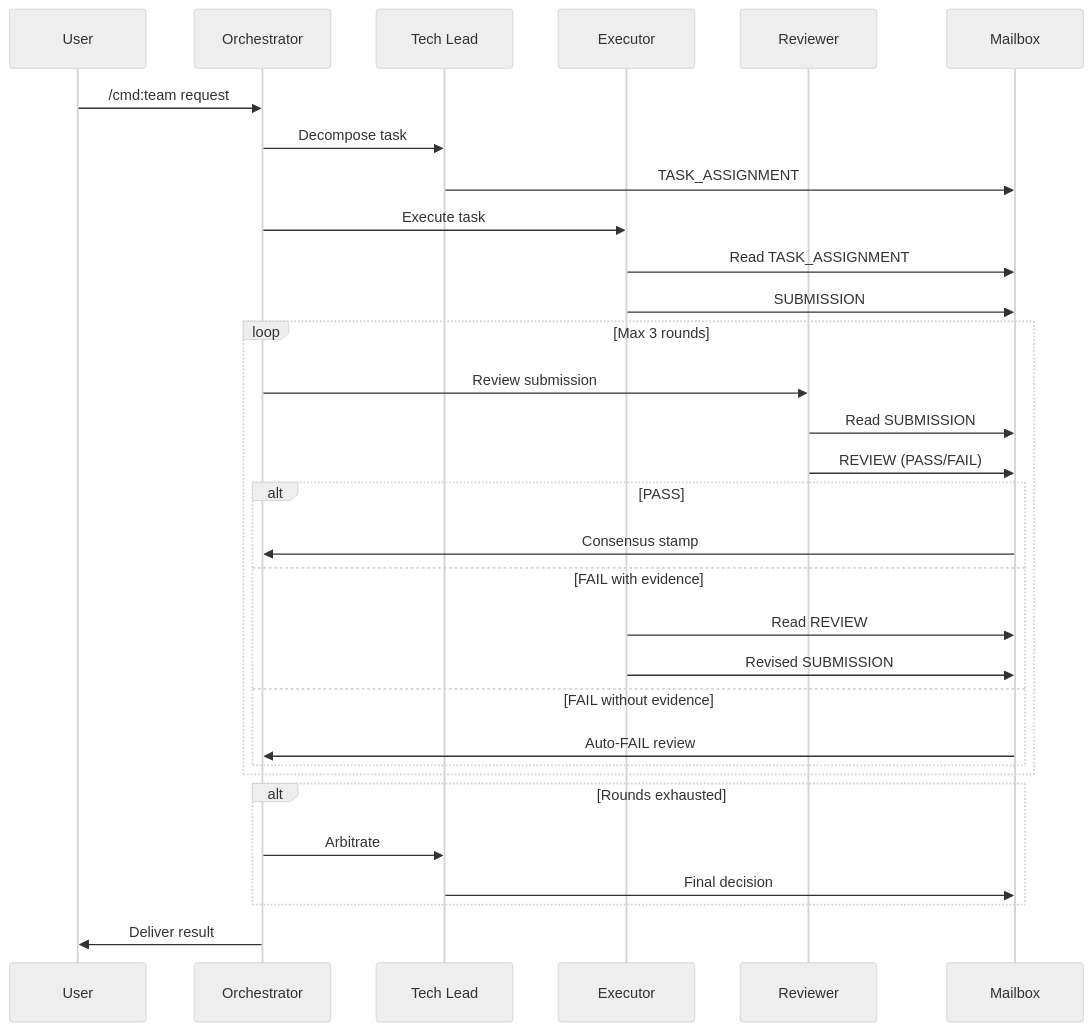
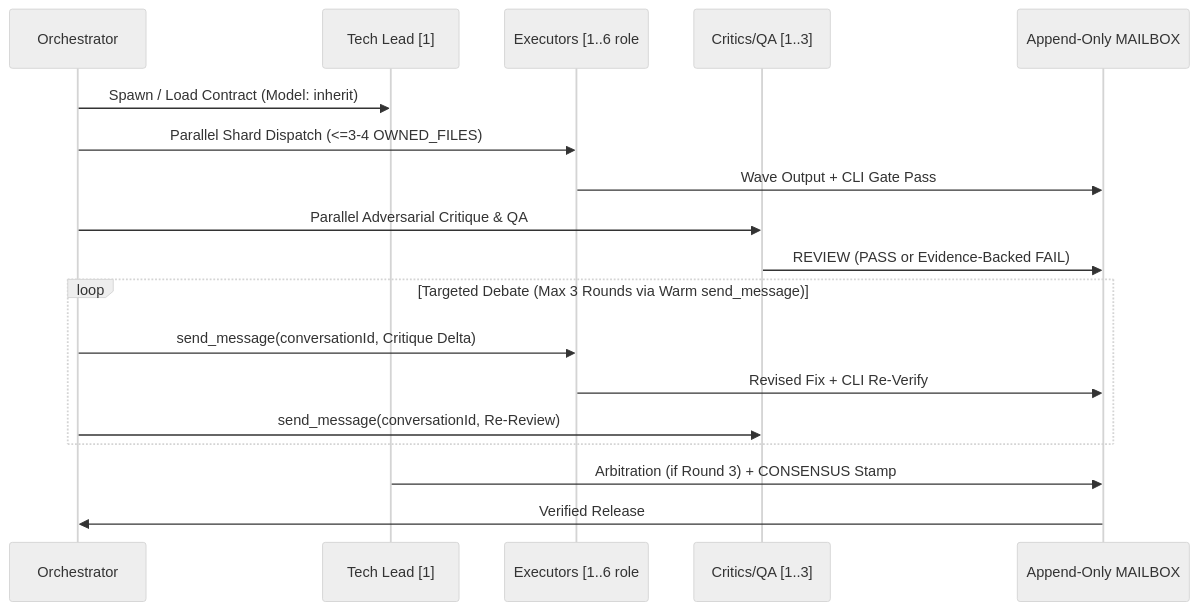
Before and after one commit to Kennyboom/BoomOpen-Workflow-Kit-Pro: the fourth of 4 diagrams in documents/business/business-workflows/03-detailed-workflows.md, drawn with Mermaid (neutral theme). The commit also changed other lines of this file and 302 other files, not shown here.

````diff
--- a/documents/business/business-workflows/03-detailed-workflows.md
+++ b/documents/business/business-workflows/03-detailed-workflows.md
@@ -402,37 +148,21 @@
 ```mermaid
 sequenceDiagram
-    participant U as User
     participant O as Orchestrator
-    participant TL as Tech Lead
-    participant EX as Executor
-    participant RV as Reviewer
-    participant MB as Mailbox
+    participant TL as Tech Lead [1]
+    participant EX as Executors [1..6 role#shard]
+    participant CR as Critics/QA [1..3]
+    participant MB as Append-Only MAILBOX
 
-    U->>O: /cmd:team request
-    O->>TL: Decompose task
-    TL->>MB: TASK_ASSIGNMENT
-    O->>EX: Execute task
-    EX->>MB: Read TASK_ASSIGNMENT
-    EX->>MB: SUBMISSION
-
-    loop Max 3 rounds
-        O->>RV: Review submission
-        RV->>MB: Read SUBMISSION
-        RV->>MB: REVIEW (PASS/FAIL)
-        alt PASS
-            MB->>O: Consensus stamp
-        else FAIL with evidence
-            EX->>MB: Read REVIEW
-            EX->>MB: Revised SUBMISSION
-        else FAIL without evidence
-            MB->>O: Auto-FAIL review
-        end
+    O->>TL: Spawn / Load Contract (Model: inherit)
+    O->>EX: Parallel Shard Dispatch (<=3-4 OWNED_FILES)
+    EX->>MB: Wave Output + CLI Gate Pass
+    O->>CR: Parallel Adversarial Critique & QA
+    CR->>MB: REVIEW (PASS or Evidence-Backed FAIL)
+    loop Targeted Debate (Max 3 Rounds via Warm send_message)
+        O->>EX: send_message(conversationId, Critique Delta)
+        EX->>MB: Revised Fix + CLI Re-Verify
+        O->>CR: send_message(conversationId, Re-Review)
     end
-
-    alt Rounds exhausted
-        O->>TL: Arbitrate
-        TL->>MB: Final decision
-    end
-
-    O->>U: Deliver result
+    TL->>MB: Arbitration (if Round 3) + CONSENSUS Stamp
+    MB->>O: Verified Release
 ```
````
